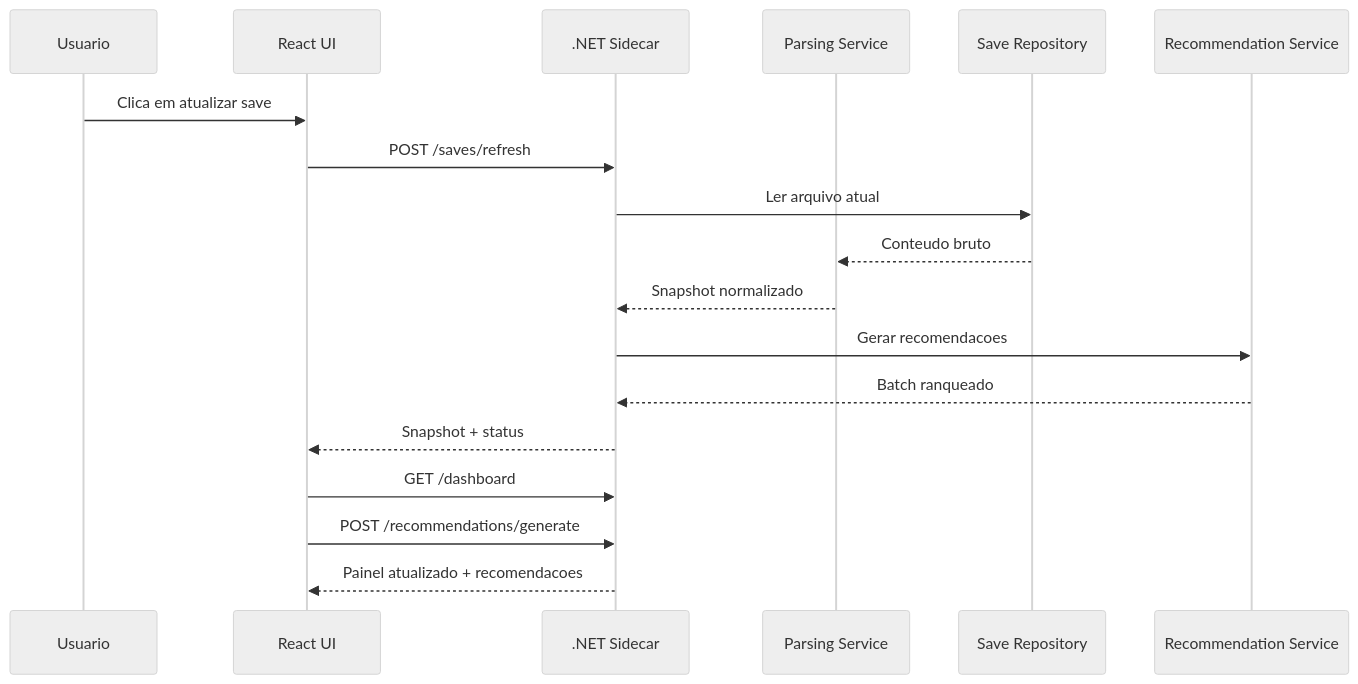
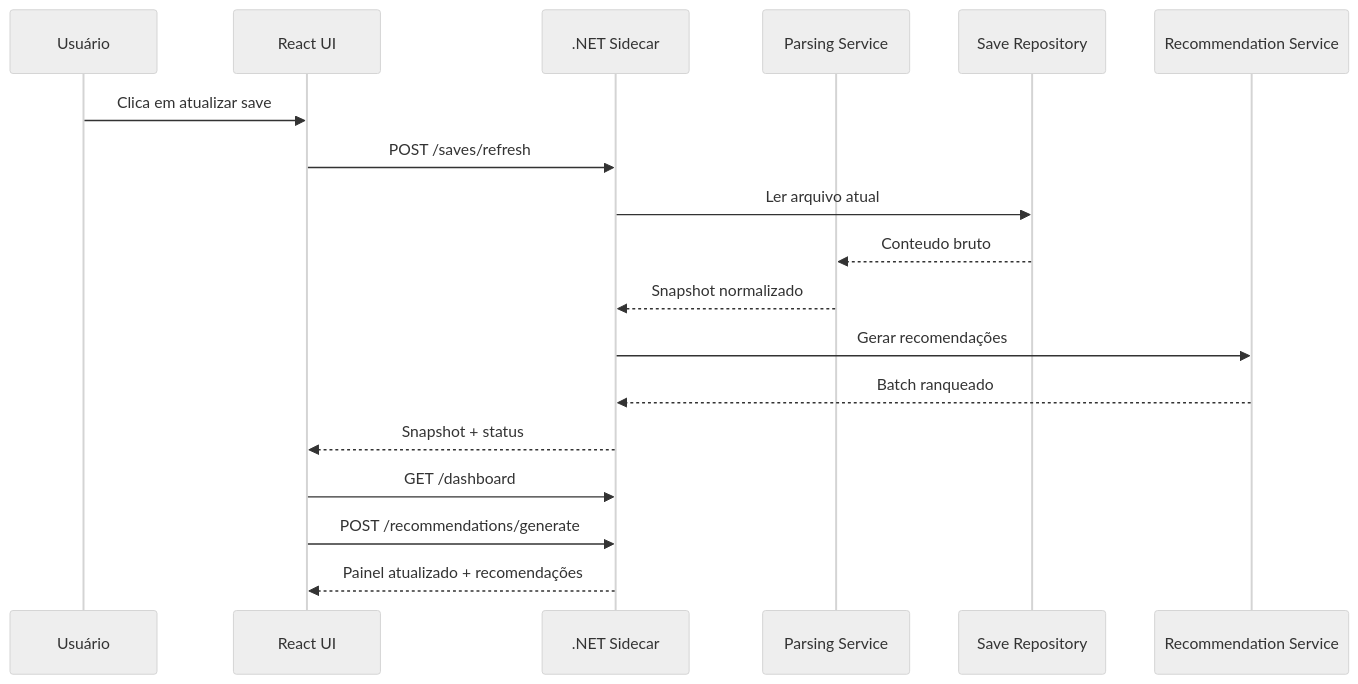
Before and after one commit to thaifurforo/fom-oracle: the third of 4 diagrams in .catalog/architecture.md, drawn with Mermaid (neutral theme). The commit also changed other lines of this file and 32 other files, not shown here.

````diff
--- a/.catalog/architecture.md
+++ b/.catalog/architecture.md
@@ -306,21 +306,21 @@
 ```mermaid
 sequenceDiagram
-  participant U as Usuario
+  participant U as Usuário
   participant UI as React UI
   participant API as .NET Sidecar
   participant Parser as Parsing Service
   participant Repo as Save Repository
   participant Rec as Recommendation Service
 
   U->>UI: Clica em atualizar save
   UI->>API: POST /saves/refresh
   API->>Repo: Ler arquivo atual
   Repo-->>Parser: Conteudo bruto
   Parser-->>API: Snapshot normalizado
-  API->>Rec: Gerar recomendacoes
+  API->>Rec: Gerar recomendações
   Rec-->>API: Batch ranqueado
   API-->>UI: Snapshot + status
   UI->>API: GET /dashboard
   UI->>API: POST /recommendations/generate
-  API-->>UI: Painel atualizado + recomendacoes
+  API-->>UI: Painel atualizado + recomendações
 ```
````
